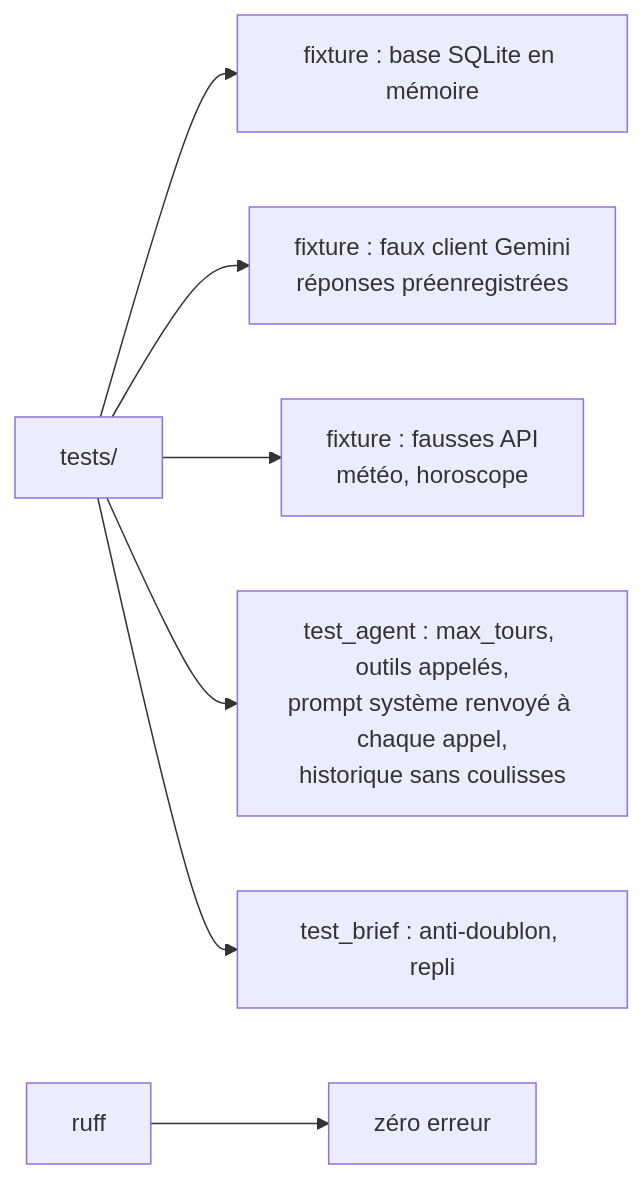
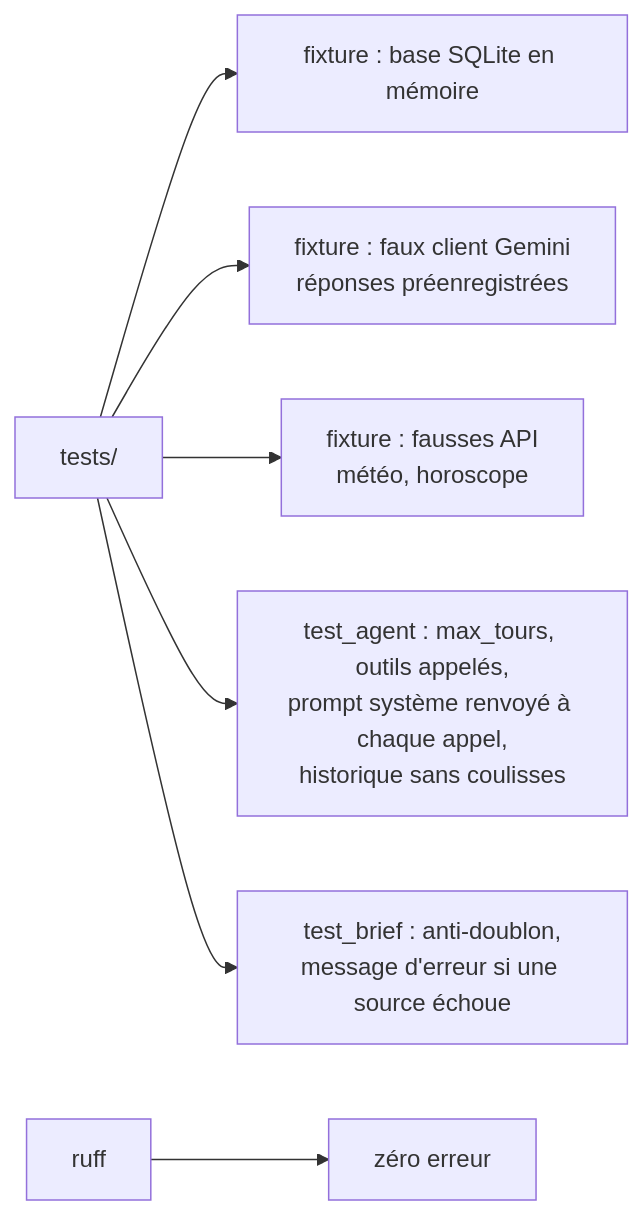
Diagram 32 of 44 in tuto-goodvibe-vibecoding.md (lecinquiemejour-code/goodvibe-tuto), drawn with Mermaid before and after one commit. The commit also changed other lines of this file and 2 other files, not shown here.

First line of the commit message:
docs(tuto): le MCP expliqué (une API n'est pas un MCP), plus aucun texte de repli

````diff
--- a/tuto-goodvibe-vibecoding.md
+++ b/tuto-goodvibe-vibecoding.md
@@ -1162,9 +1281,9 @@
 ```mermaid
 flowchart LR
     T["tests/"] --> F1["fixture : base SQLite en mémoire"]
     T --> F2["fixture : faux client Gemini<br/>réponses préenregistrées"]
     T --> F3["fixture : fausses API<br/>météo, horoscope"]
     T --> X["test_agent : max_tours, outils appelés,<br/>prompt système renvoyé à chaque appel,<br/>historique sans coulisses"]
-    T --> Y["test_brief : anti-doublon, repli"]
+    T --> Y["test_brief : anti-doublon,<br/>message d'erreur si une source échoue"]
     R["ruff"] --> OK["zéro erreur"]
 ```
````
